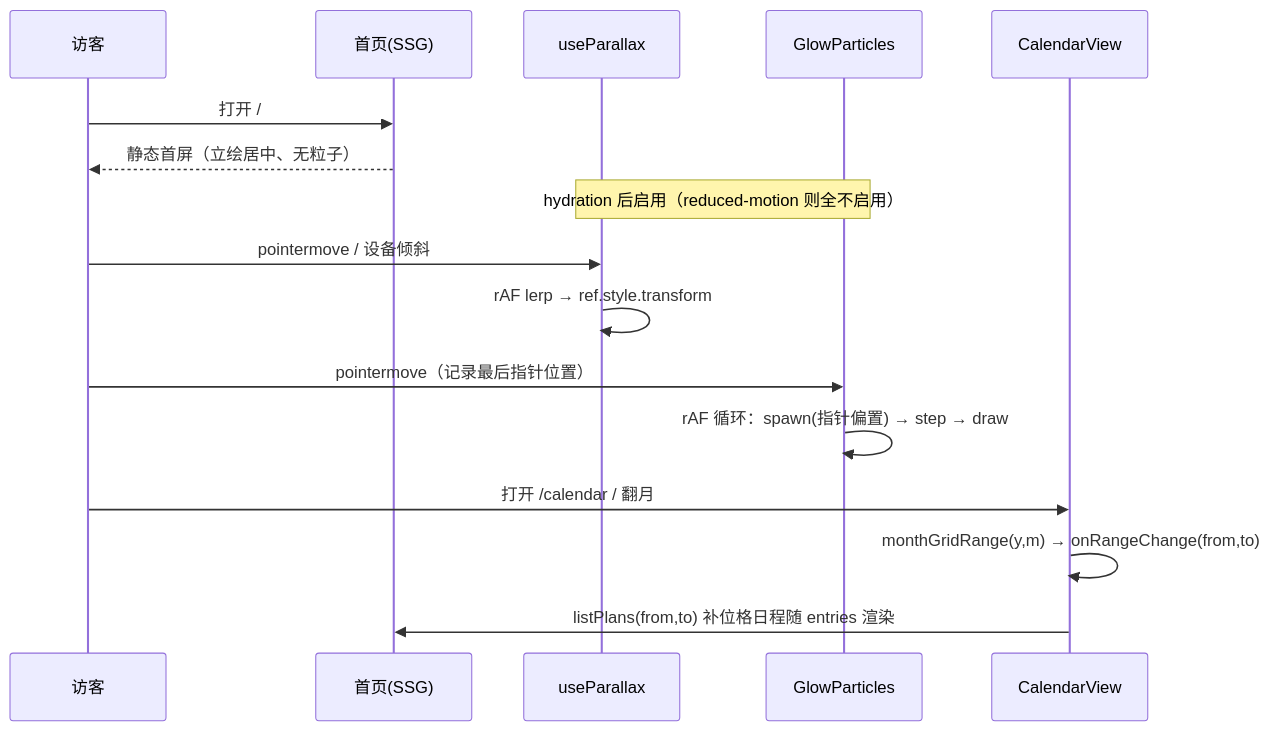
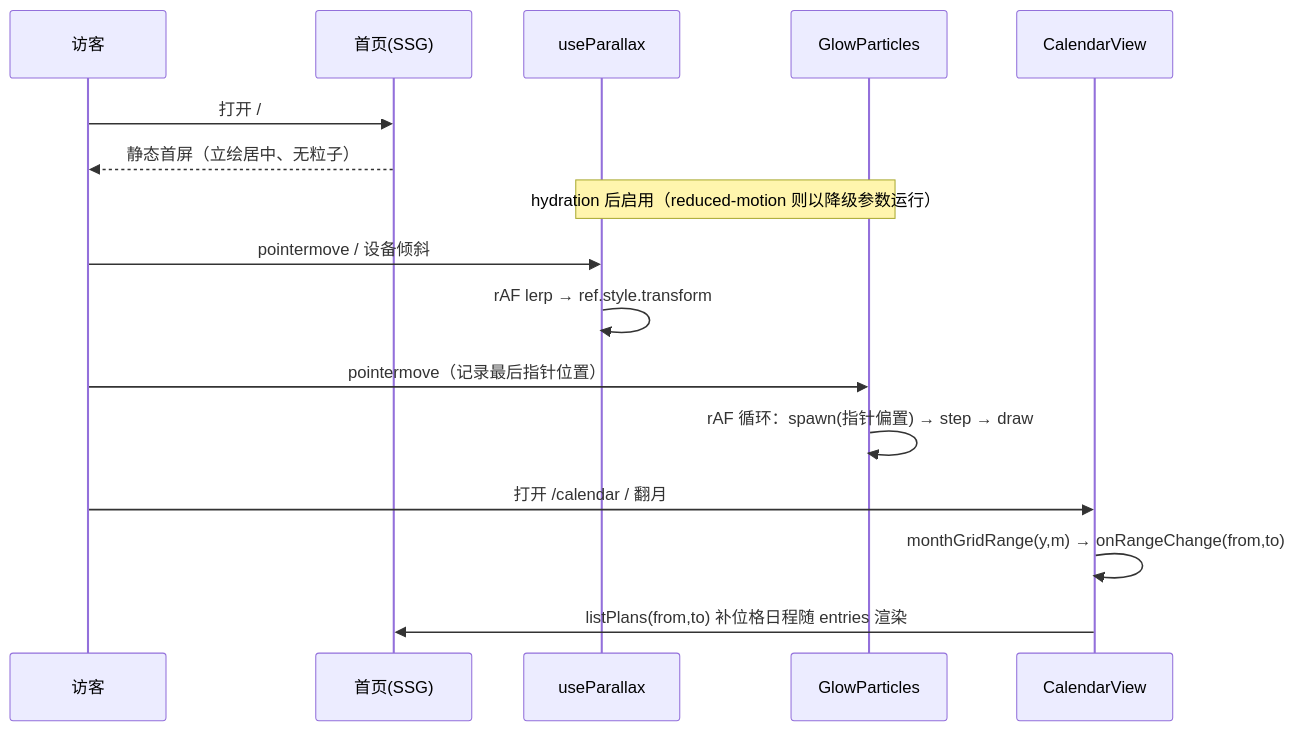
One commit to Deliay/sumire changed the third of 3 diagrams in docs/engineering/proposals/2026-08-31-home-visual-v3-proposal.md. Above: the diagram before and after it, drawn with Mermaid. The commit also changed other lines of this file and 1 other file, not shown here.

Commit message:
首页视觉效果优化3期：reduced-motion 改为降级保留口径（视差减幅/粒子减半去闪烁/传感器不启用）

````diff
--- a/docs/engineering/proposals/2026-08-31-home-visual-v3-proposal.md
+++ b/docs/engineering/proposals/2026-08-31-home-visual-v3-proposal.md
@@ -134,19 +134,19 @@
 ```mermaid
 sequenceDiagram
     participant U as 访客
     participant P as 首页(SSG)
     participant UP as useParallax
     participant GP as GlowParticles
     participant CV as CalendarView
 
     U->>P: 打开 /
     P-->>U: 静态首屏（立绘居中、无粒子）
-    Note over UP,GP: hydration 后启用（reduced-motion 则全不启用）
+    Note over UP,GP: hydration 后启用（reduced-motion 则以降级参数运行）
     U->>UP: pointermove / 设备倾斜
     UP->>UP: rAF lerp → ref.style.transform
     U->>GP: pointermove（记录最后指针位置）
     GP->>GP: rAF 循环：spawn(指针偏置) → step → draw
     U->>CV: 打开 /calendar / 翻月
     CV->>CV: monthGridRange(y,m) → onRangeChange(from,to)
     CV->>P: listPlans(from,to) 补位格日程随 entries 渲染
 ```
````
